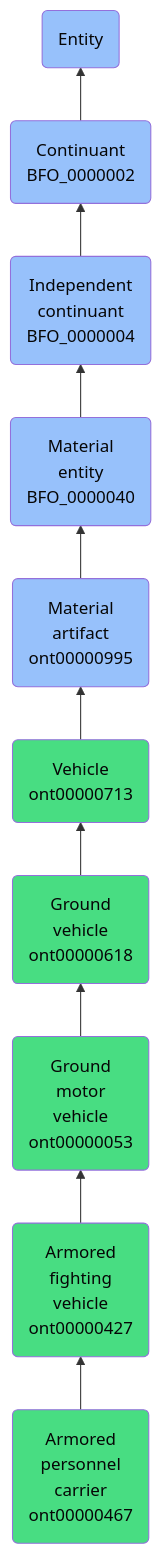
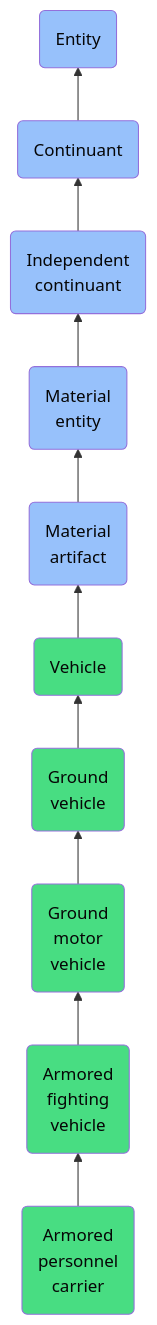
Before and after one commit to jupyter-naas/abi: the diagram in docs/ontology/reference/model/Entity/Continuant/Independent continuant/Material entity/Material artifact/Vehicle/Ground vehicle/Ground motor vehicle/Armored fighting vehicle/Armored personnel carrier/Armored personnel carrier.md, drawn with Mermaid. The commit also changed other lines of this file and 1430 other files, not shown here.

````diff
--- a/docs/ontology/reference/model/Entity/Continuant/Independent continuant/Material entity/Material artifact/Vehicle/Ground vehicle/Ground motor vehicle/Armored fighting vehicle/Armored personnel carrier/Armored personnel carrier.md
+++ b/docs/ontology/reference/model/Entity/Continuant/Independent continuant/Material entity/Material artifact/Vehicle/Ground vehicle/Ground motor vehicle/Armored fighting vehicle/Armored personnel carrier/Armored personnel carrier.md
@@ -24,17 +24,17 @@
 ```mermaid
 graph BT
-    ont00000467(Armored<br>personnel<br>carrier<br>ont00000467):::ABI-->ont00000427
-    ont00000427(Armored<br>fighting<br>vehicle<br>ont00000427):::ABI-->ont00000053
-    ont00000053(Ground<br>motor<br>vehicle<br>ont00000053):::ABI-->ont00000618
-    ont00000618(Ground<br>vehicle<br>ont00000618):::ABI-->ont00000713
-    ont00000713(Vehicle<br>ont00000713):::ABI-->ont00000995
-    ont00000995(Material<br>artifact<br>ont00000995):::BFO-->BFO_0000040
-    BFO_0000040(Material<br>entity<br>BFO_0000040):::BFO-->BFO_0000004
-    BFO_0000004(Independent<br>continuant<br>BFO_0000004):::BFO-->BFO_0000002
-    BFO_0000002(Continuant<br>BFO_0000002):::BFO-->BFO_0000001
+    ont00000467(Armored<br>personnel<br>carrier):::ABI-->ont00000427
+    ont00000427(Armored<br>fighting<br>vehicle):::ABI-->ont00000053
+    ont00000053(Ground<br>motor<br>vehicle):::ABI-->ont00000618
+    ont00000618(Ground<br>vehicle):::ABI-->ont00000713
+    ont00000713(Vehicle):::ABI-->ont00000995
+    ont00000995(Material<br>artifact):::BFO-->BFO_0000040
+    BFO_0000040(Material<br>entity):::BFO-->BFO_0000004
+    BFO_0000004(Independent<br>continuant):::BFO-->BFO_0000002
+    BFO_0000002(Continuant):::BFO-->BFO_0000001
     BFO_0000001(Entity):::BFO
     
     classDef BFO fill:#97c1fb,color:#060606
     classDef CCO fill:#e4c51e,color:#060606
     classDef ABI fill:#48DD82,color:#060606
 ```
````
